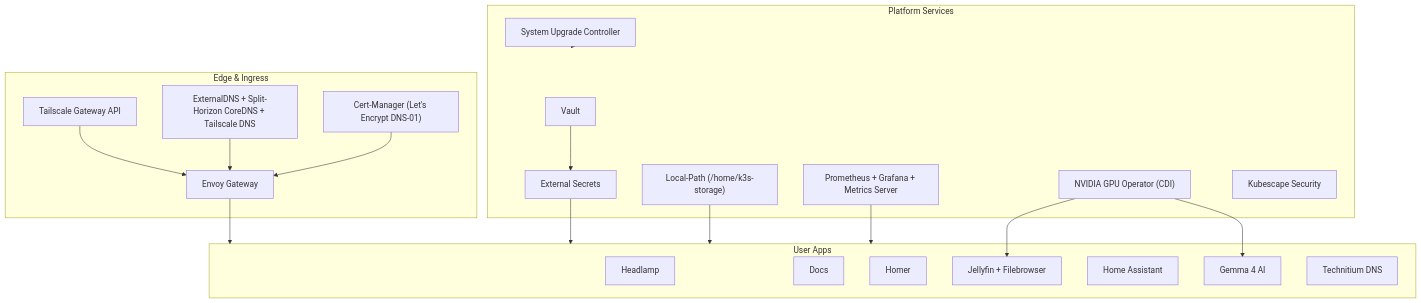
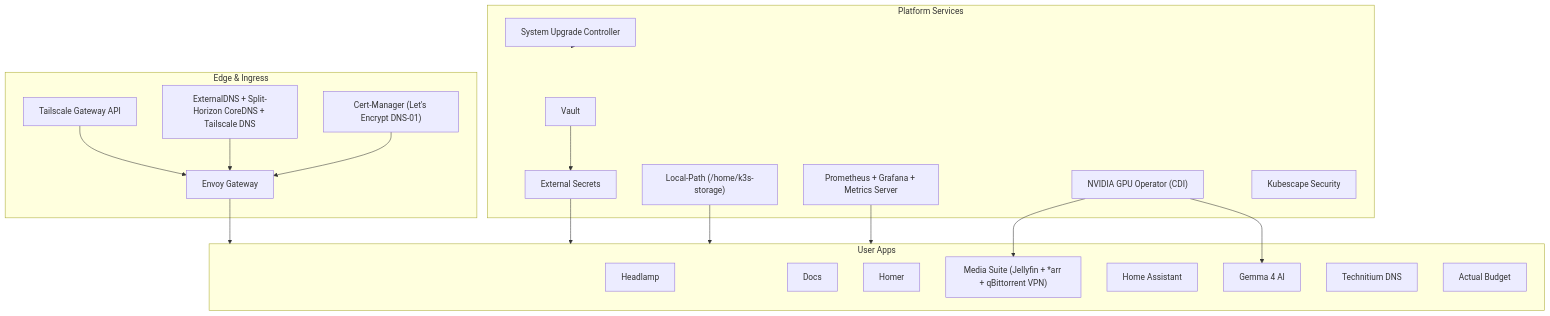
One commit to nsudhanva/homelab changed the second of 4 diagrams in README.md. Above: the diagram before and after it, drawn with Mermaid. The commit also changed other lines of this file, not shown here.

Commit message:
docs: update README with media suite, architecture, and apps catalog

````diff
--- a/README.md
+++ b/README.md
@@ -85,41 +88,42 @@
 ```mermaid
 flowchart TB
   subgraph Edge["Edge & Ingress"]
     Tailscale["Tailscale Gateway API"]
     Envoy["Envoy Gateway"]
     DNS["ExternalDNS + Split-Horizon CoreDNS + Tailscale DNS"]
     CertManager["Cert-Manager (Let's Encrypt DNS-01)"]
   end
 
   subgraph Platform["Platform Services"]
     Vault["Vault"]
     ESO["External Secrets"]
     Storage["Local-Path (/home/k3s-storage)"]
     Metrics["Prometheus + Grafana + Metrics Server"]
     NVIDIA["NVIDIA GPU Operator (CDI)"]
     SUC["System Upgrade Controller"]
     Kubescape["Kubescape Security"]
   end
 
   subgraph Apps["User Apps"]
     Headlamp["Headlamp"]
     Docs["Docs"]
     Homer["Homer"]
-    Media["Jellyfin + Filebrowser"]
+    Media["Media Suite (Jellyfin + *arr + qBittorrent VPN)"]
     HA["Home Assistant"]
     AI["Gemma 4 AI"]
     DNSApp["Technitium DNS"]
+    Budget["Actual Budget"]
   end
 
   Tailscale --> Envoy
   DNS --> Envoy
   CertManager --> Envoy
   Envoy --> Apps
   Vault --> ESO
   ESO --> Apps
   Storage --> Apps
   Metrics --> Apps
   NVIDIA --> Media
   NVIDIA --> AI
   SUC --> Platform
 ```
````
